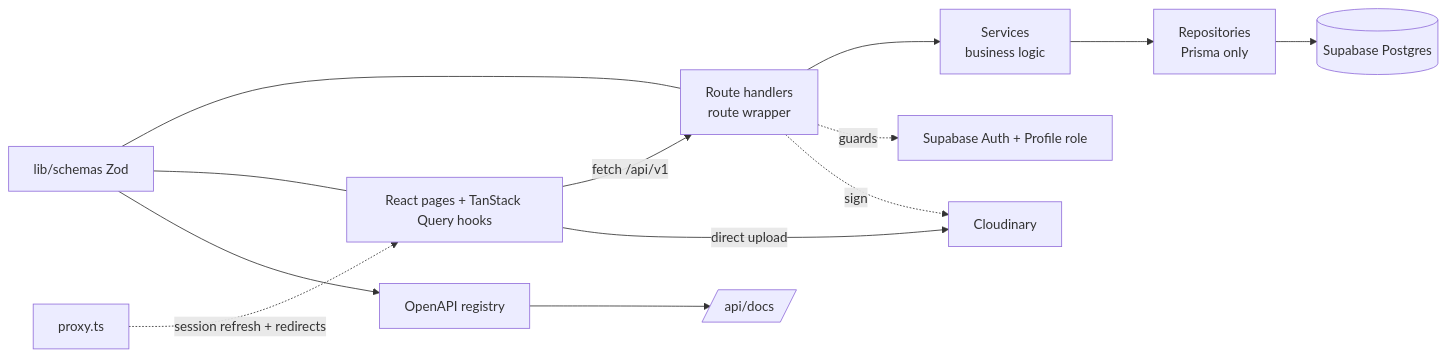
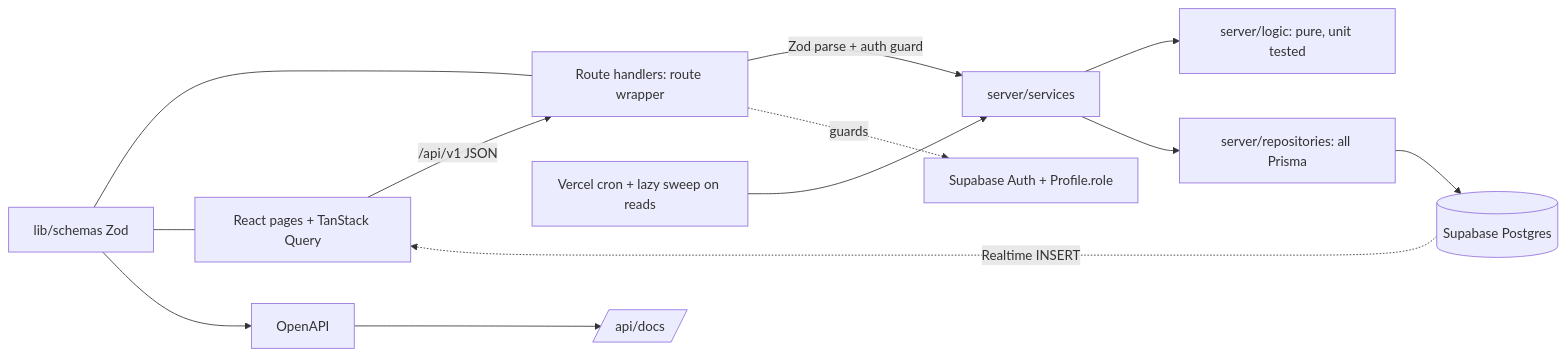
One commit to halloitsrizvan/food_bridge changed the diagram in README.md. Above: the diagram before and after it, drawn with Mermaid. The commit also changed other lines of this file and 3 other files, not shown here.

````diff
--- a/README.md
+++ b/README.md
@@ -16,14 +19,14 @@
 ```mermaid
 flowchart LR
-  UI[React pages + TanStack Query hooks] -->|fetch /api/v1| RH[Route handlers<br/>route wrapper]
-  RH --> SV[Services<br/>business logic]
-  SV --> RP[Repositories<br/>Prisma only]
+  UI[React pages + TanStack Query] -->|/api/v1 JSON| RH[Route handlers: route wrapper]
+  RH -->|Zod parse + auth guard| SV[server/services]
+  SV --> LG[server/logic: pure, unit tested]
+  SV --> RP[server/repositories: all Prisma]
   RP --> DB[(Supabase Postgres)]
-  RH -.guards.-> AU[Supabase Auth + Profile role]
-  RH -.sign.-> CL[Cloudinary]
-  UI -->|direct upload| CL
+  RH -.guards.-> AU[Supabase Auth + Profile.role]
+  DB -.Realtime INSERT.-> UI
+  CRON[Vercel cron + lazy sweep on reads] --> SV
   ZS[lib/schemas Zod] --- RH
   ZS --- UI
-  ZS --> OA[OpenAPI registry] --> DOCS[/api/docs/]
-  PX[proxy.ts] -.session refresh + redirects.-> UI
+  ZS --> OA[OpenAPI] --> DOCS[/api/docs/]
 ```
````
